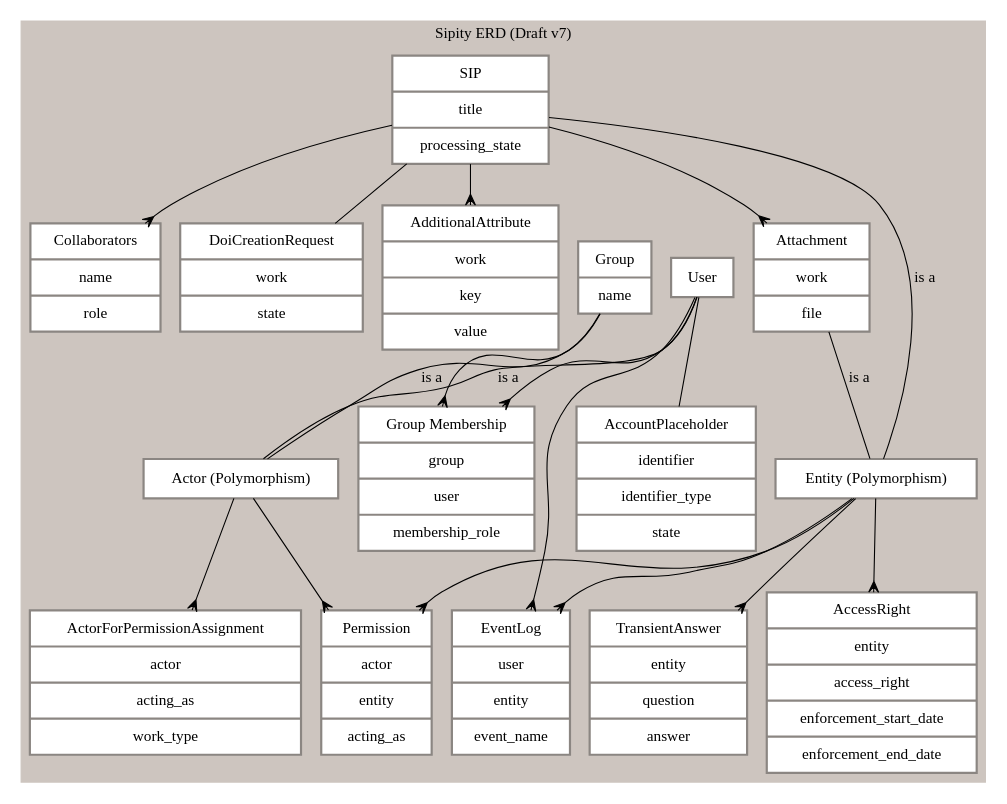
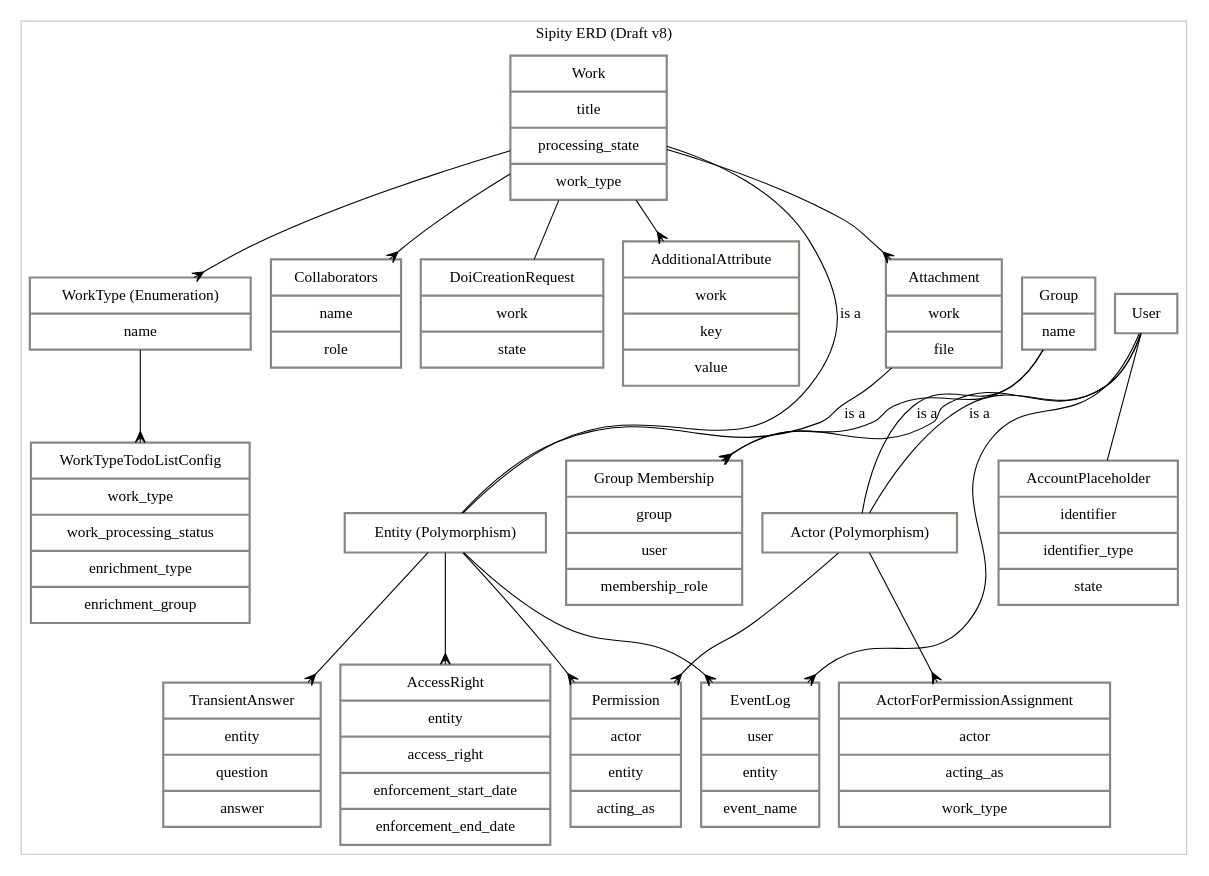
The diagram in artifacts/sipity-erd.dot (scholarworks/sipity), drawn with Graphviz before and after one commit.

Commit message:
Updating Sipity ERD

```diff
--- a/artifacts/sipity-erd.dot
+++ b/artifacts/sipity-erd.dot
@@ -1,54 +1,57 @@
 digraph "G" {
     compound=true;
     node[color="grey15" shape=record penwidth=2 margin="0.15, 0.125"];
 
     subgraph cluster_0 {
-        label="Sipity ERD (Draft v7)"
+        label="Sipity ERD (Draft v8)"
         color="seashell3"
-        style="filled"
         node[style=filled fillcolor=white color="seashell4"]
         edge[arrowhead="crow"]
 
         user[label="{ User }"]
         group_entity[label="{ Group | name }"]
         group_membership[label="{ Group Membership | group | user | membership_role }"]
-        work[label="{ SIP | title | processing_state }"]
+        work[label="{ Work | title | processing_state | work_type }"]
+        work_type[label="{ WorkType (Enumeration)| name }"]
         event_log[label="{ EventLog | user | entity | event_name }"]
         permission[label="{ Permission | actor | entity | acting_as }"]
         collaborators[label="{ Collaborators | name | role }"]
         account_placeholder[label="{ AccountPlaceholder | identifier | identifier_type | state }"]
         doi_creation_request[label="{ DoiCreationRequest | work | state }"]
         additional_attributes[label="{ AdditionalAttribute | work | key | value }"]
         ActorForPermissionAssignment[label="{ ActorForPermissionAssignment | actor | acting_as | work_type }"]
         AccessRight[label="{ AccessRight | entity | access_right | enforcement_start_date | enforcement_end_date }"]
         TransientAnswer[label="{ TransientAnswer | entity | question | answer }"]
         attachment[label="{ Attachment | work | file }"]
         entity[label="Entity (Polymorphism)"]
         actor[label="Actor (Polymorphism)"]
+        WorkTypeTodoListConfig[label="{ WorkTypeTodoListConfig | work_type | work_processing_status | enrichment_type | enrichment_group }"]
 
         user -> group_membership
         group_entity -> group_membership
         work -> attachment
+        work -> work_type
+        work_type -> WorkTypeTodoListConfig
 
         attachment -> entity[label="is a" arrowhead=none]
         work -> entity[label="is a" arrowhead=none]
 
         entity -> AccessRight
         entity -> TransientAnswer
         entity -> permission
         entity -> event_log
 
         group_entity -> actor[label="is a" arrowhead=none]
         user -> actor[label="is a" arrowhead=none]
         user -> event_log
 
         actor -> ActorForPermissionAssignment
         actor -> permission
 
         work -> collaborators
         work -> additional_attributes
         work -> doi_creation_request[arrowhead=none]
         user -> account_placeholder[arrowhead=none]
     }
 
 }
```
